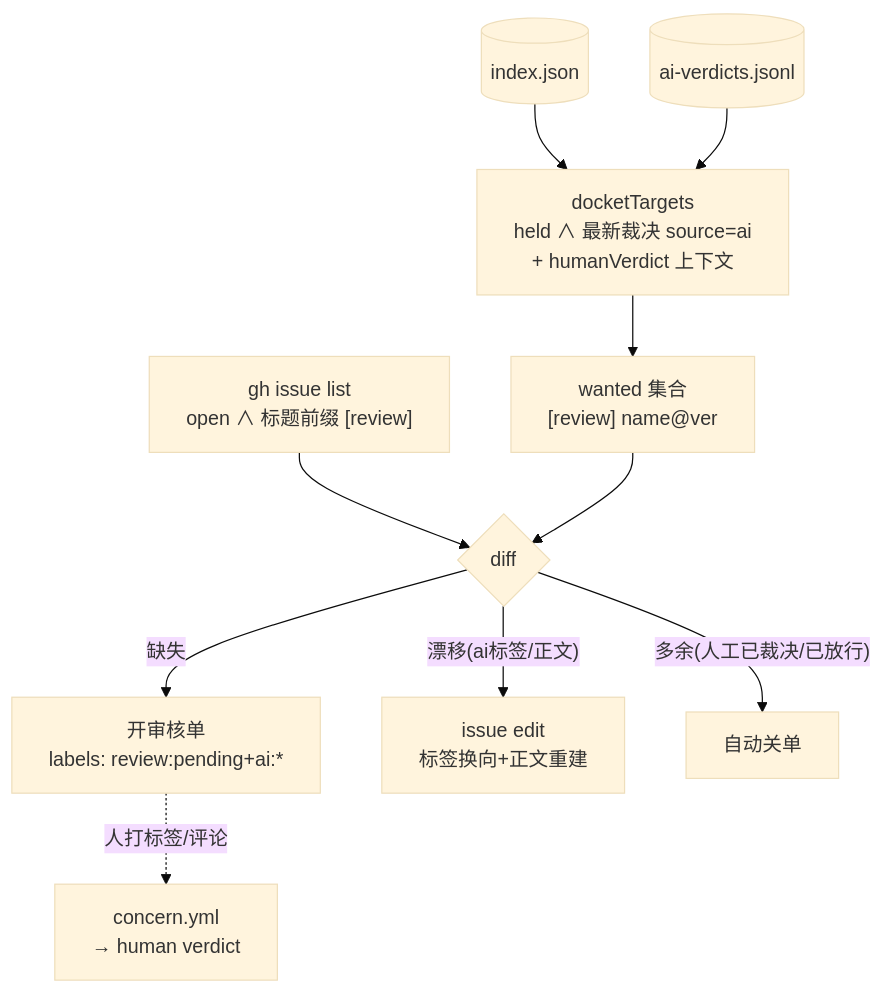
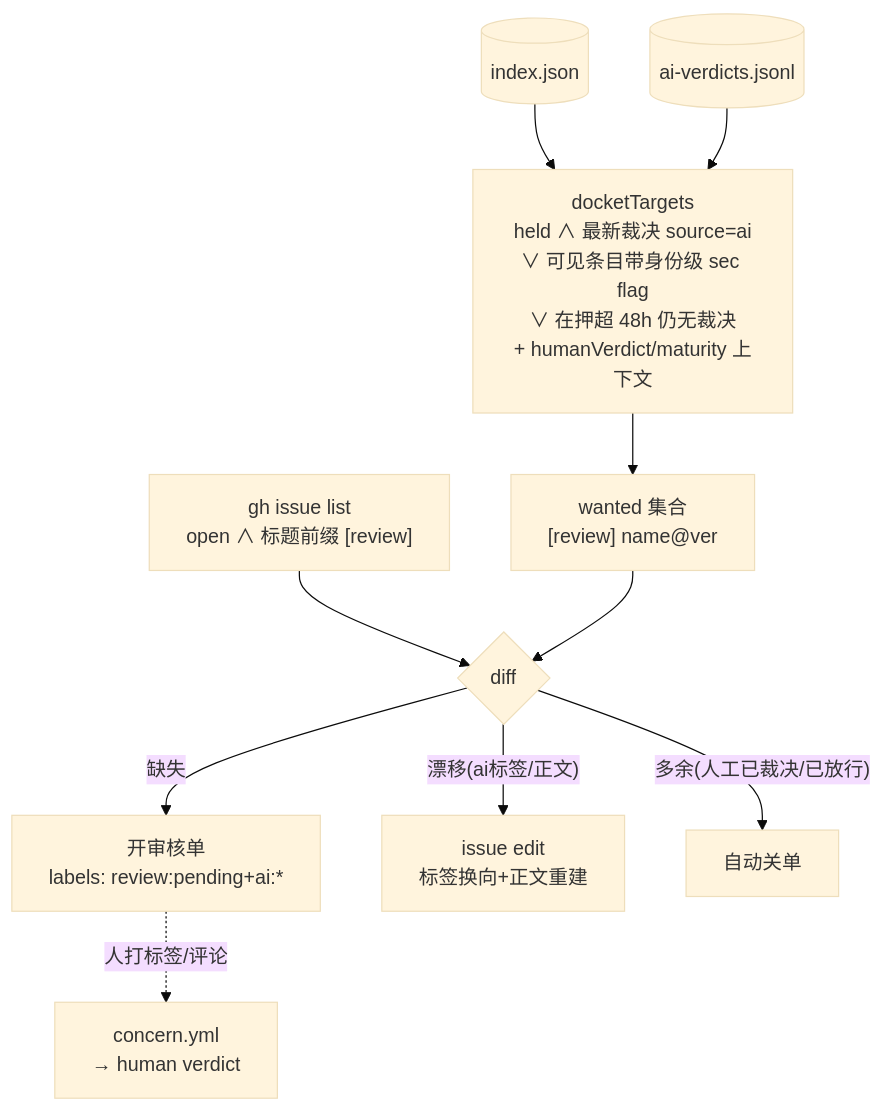
One commit to awesome-market/awesome-opencode-market changed the ninth of 11 diagrams in docs/DATA-FLOWS.md. Above: the diagram before and after it, drawn with Mermaid (base theme). The commit also changed other lines of this file and 26 other files, not shown here.

````diff
--- a/docs/DATA-FLOWS.md
+++ b/docs/DATA-FLOWS.md
@@ -733,12 +769,12 @@
 ```mermaid
 flowchart TB
-  IDX[("index.json")] --> DT["docketTargets<br/>held ∧ 最新裁决 source=ai<br/>+ humanVerdict 上下文"]
+  IDX[("index.json")] --> DT["docketTargets<br/>held ∧ 最新裁决 source=ai<br/>∨ 可见条目带身份级 sec flag<br/>∨ 在押超 48h 仍无裁决<br/>+ humanVerdict/maturity 上下文"]
   VJ[("ai-verdicts.jsonl")] --> DT
   DT --> W["wanted 集合<br/>[review] name@ver"]
   OPEN["gh issue list<br/>open ∧ 标题前缀 [review]"] --> DF{"diff"}
   W --> DF
   DF -->|"缺失"| OPENI["开审核单<br/>labels: review:pending+ai:*"]
   DF -->|"漂移(ai标签/正文)"| EDIT["issue edit<br/>标签换向+正文重建"]
   DF -->|"多余(人工已裁决/已放行)"| CLOSEI["自动关单"]
   OPENI -.->|"人打标签/评论"| CON["concern.yml<br/>→ human verdict"]
 ```
````
